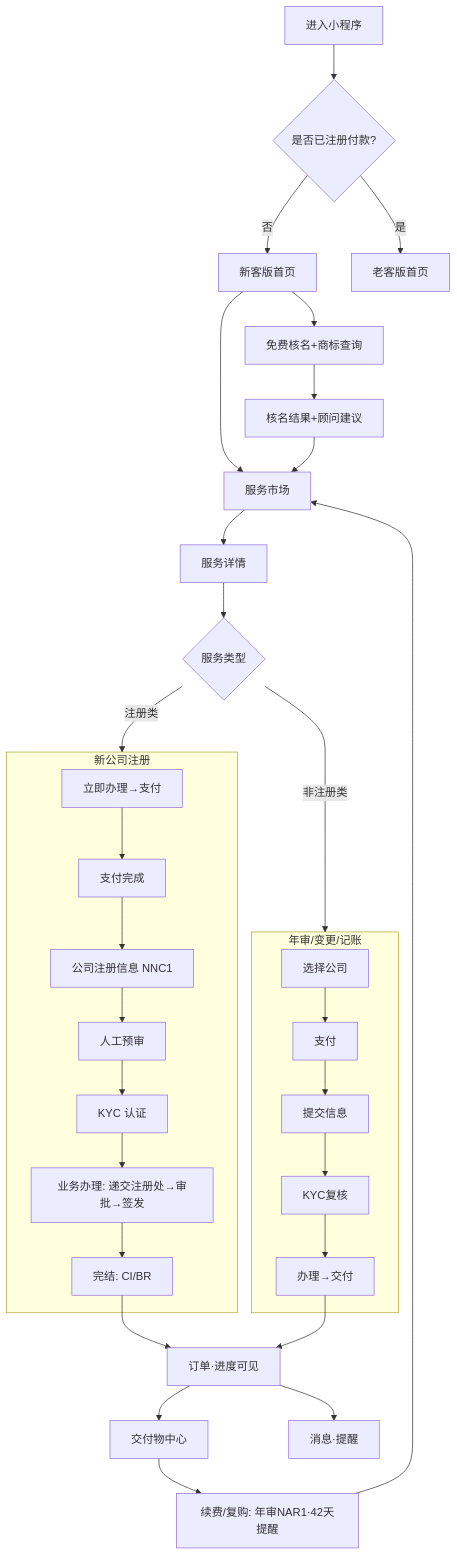
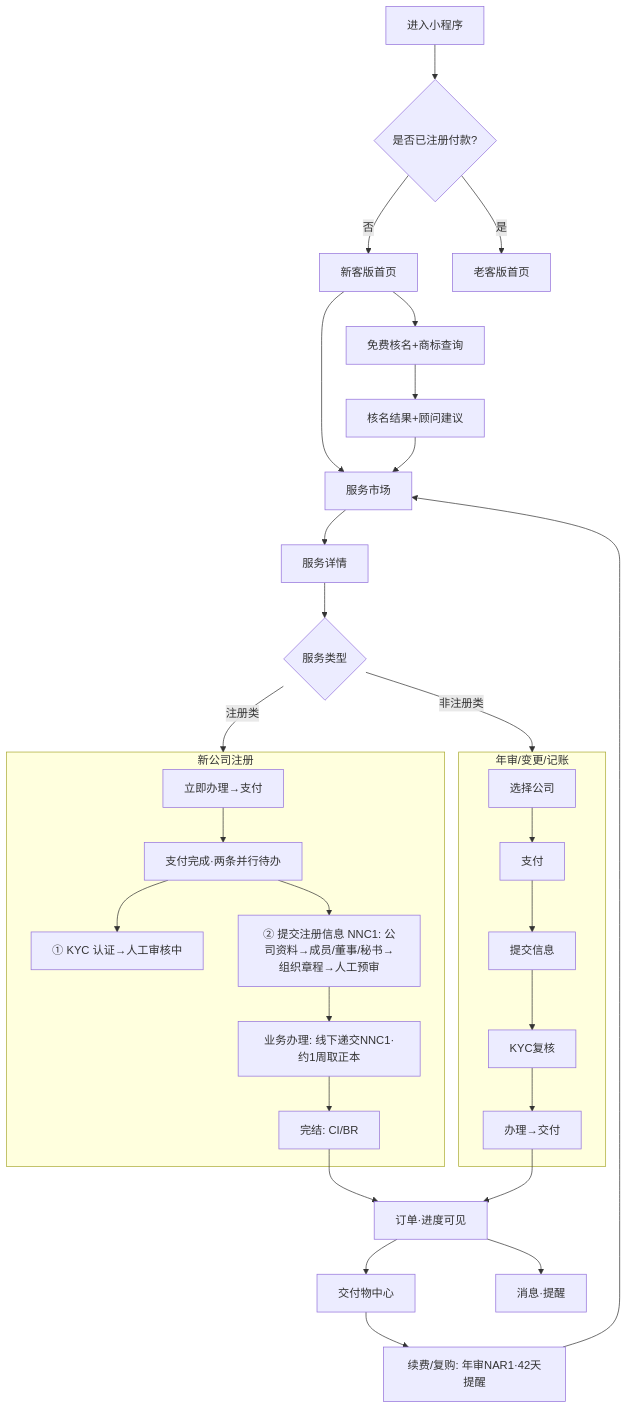
The fifth of 7 diagrams in docs/PRD_小程序完整版_v1.0.md (xiahan3/leapex_Leapexbiz), drawn with Mermaid before and after one commit. The commit also changed other lines of this file, not shown here.

Commit message:
PRD小程序v1.0正文同步最新设计：§5.1入口改登录流(启动页选服务地区+渠道码+手机/微信登录,去初始化步骤)+重画入口/注册mermaid;§5.2核名双名+简转繁;§5.4支付加优惠券;§5.5章程去自订+语言/业务办理约1周取正本;§5.6 KYC手机人脸+证件港证护照其他+PEP仅后台;§5.10公司表单收敛;§5.11加优惠券模块;§二功能清单加登录/优惠券;§十标注为历史留痕

````diff
--- a/docs/PRD_小程序完整版_v1.0.md
+++ b/docs/PRD_小程序完整版_v1.0.md
@@ -168,36 +171,35 @@
 ```mermaid
 flowchart TD
   Start[进入小程序] --> Persona{是否已注册付款?}
   Persona -->|否| NewHome[新客版首页]
   Persona -->|是| OldHome[老客版首页]
 
   NewHome --> Hook[免费核名+商标查询]
   Hook --> Result[核名结果+顾问建议]
   NewHome --> Market[服务市场]
   Result --> Market
   Market --> Detail[服务详情]
 
   Detail --> Type{服务类型}
   Type -->|注册类| Reg流程
   Type -->|非注册类| Svc流程
 
   subgraph Reg流程[新公司注册]
-    R1[立即办理→支付] --> R2[支付完成]
-    R2 --> R3[公司注册信息 NNC1]
-    R3 --> R4[人工预审]
-    R4 --> R5[KYC 认证]
-    R5 --> R6[业务办理: 递交注册处→审批→签发]
+    R1[立即办理→支付] --> R2[支付完成·两条并行待办]
+    R2 --> RK[① KYC 认证→人工审核中]
+    R2 --> R3[② 提交注册信息 NNC1: 公司资料→成员/董事/秘书→组织章程→人工预审]
+    R3 --> R6[业务办理: 线下递交NNC1·约1周取正本]
     R6 --> R7[完结: CI/BR]
   end
 
   subgraph Svc流程[年审/变更/记账]
     S1[选择公司] --> S2[支付] --> S3[提交信息] --> S4[KYC复核] --> S5[办理→交付]
   end
 
   R7 --> Order[订单·进度可见]
   S5 --> Order
   Order --> Deliver[交付物中心]
   Order --> Msg[消息·提醒]
   Deliver --> Renew[续费/复购: 年审NAR1·42天提醒]
   Renew --> Market
 ```
````
